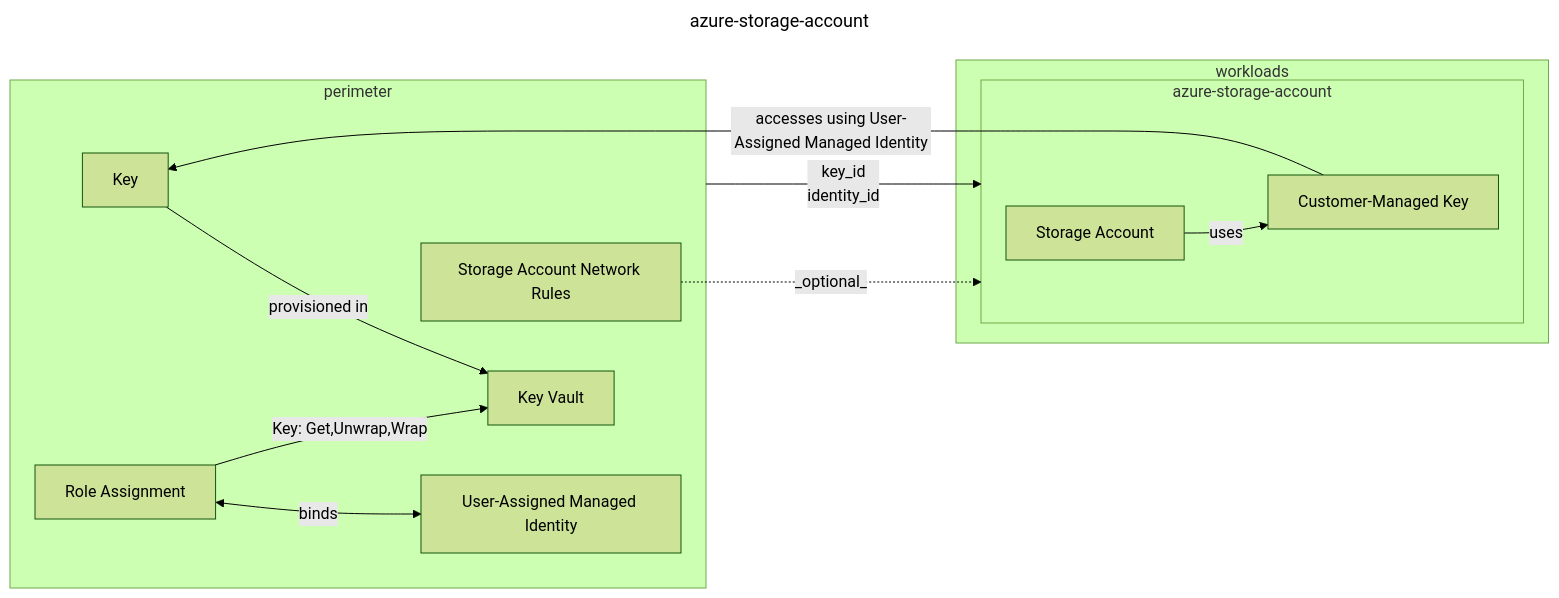
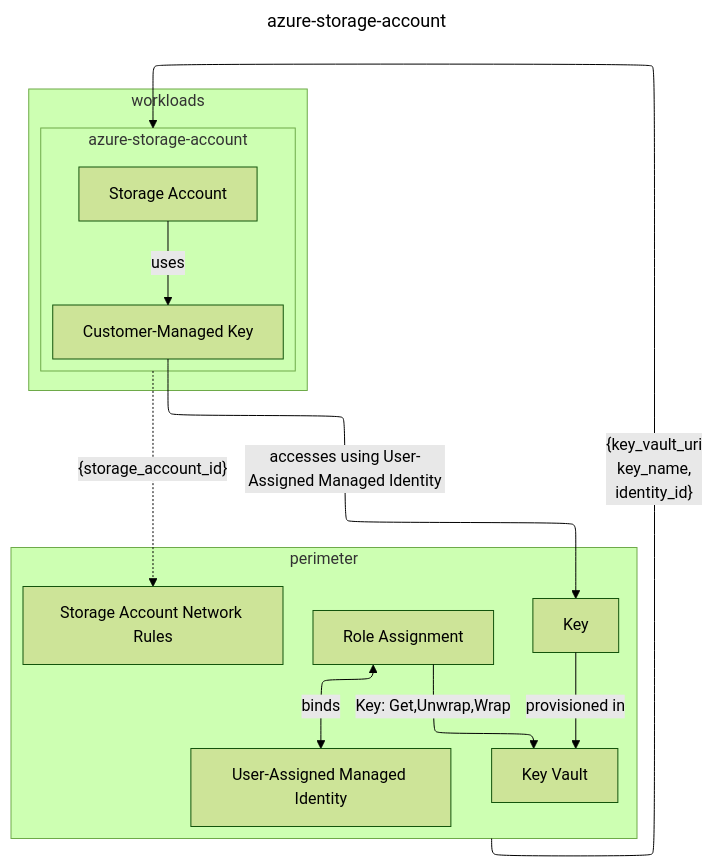
Before and after one commit to Unique-AG/terraform-modules: the diagram in modules/azure-storage-account/README.md, drawn with Mermaid (forest theme). The commit also changed other lines of this file and 4 other files, not shown here.

````diff
--- a/modules/azure-storage-account/README.md
+++ b/modules/azure-storage-account/README.md
@@ -4,23 +4,25 @@
 ```mermaid
 ---
 title: azure-storage-account
+config:
+    layout: elk
 ---
-graph LR
+graph TD
     subgraph perimeter
         K[Key] -->|provisioned in| KV[Key Vault]
         RA[Role Assignment] <-->|binds| UAMI[User-Assigned Managed Identity]
         RA -->|"Key: Get,Unwrap,Wrap"| KV
         SANR[Storage Account Network Rules]
     end
     subgraph workloads
         subgraph module["azure-storage-account"]
             SA[Storage Account]
             CMK[Customer-Managed Key]
             CMK[Customer-Managed Key]
             SA -->|uses| CMK
         end
     end
-    SANR -.->|_optional_| module
-    perimeter --->|key_id<br>identity_id| module
+    module -.->|"{storage_account_id}"| SANR
+    perimeter -->|"{key_vault_uri<br/>key_name,<br/>identity_id}"| module
     CMK -->|accesses using User-Assigned Managed Identity| K
 ```
````
